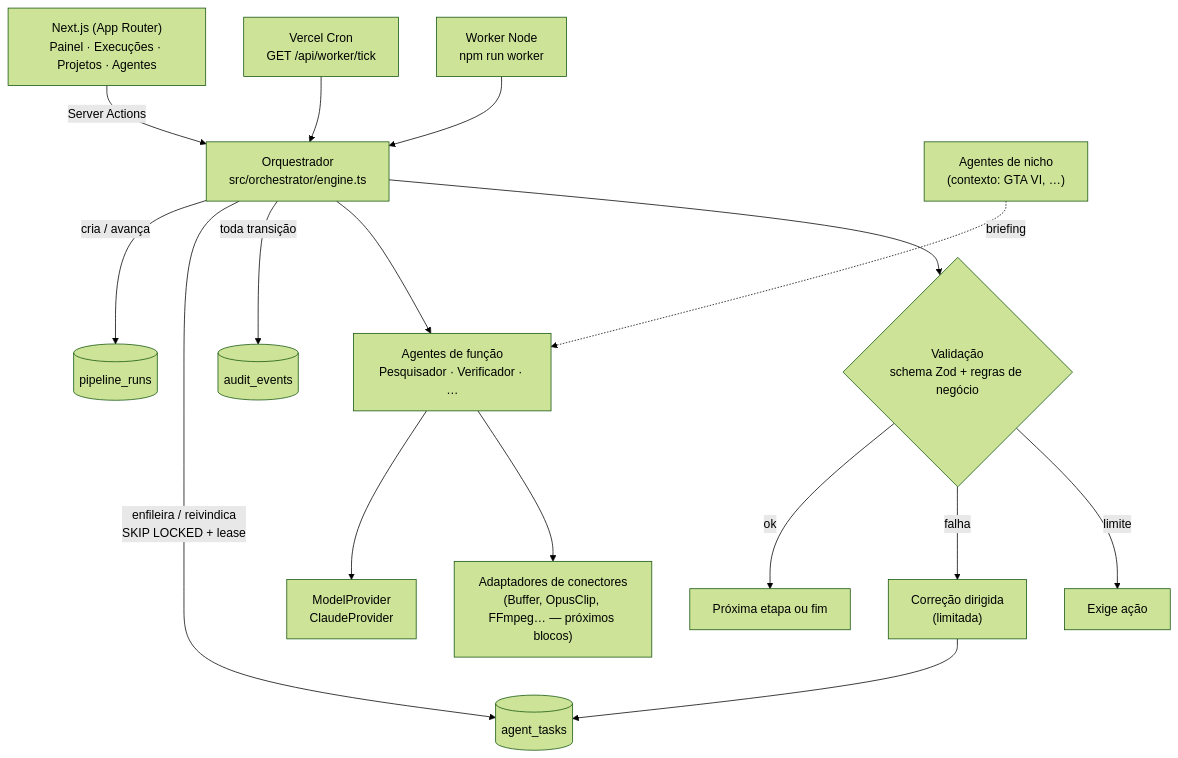
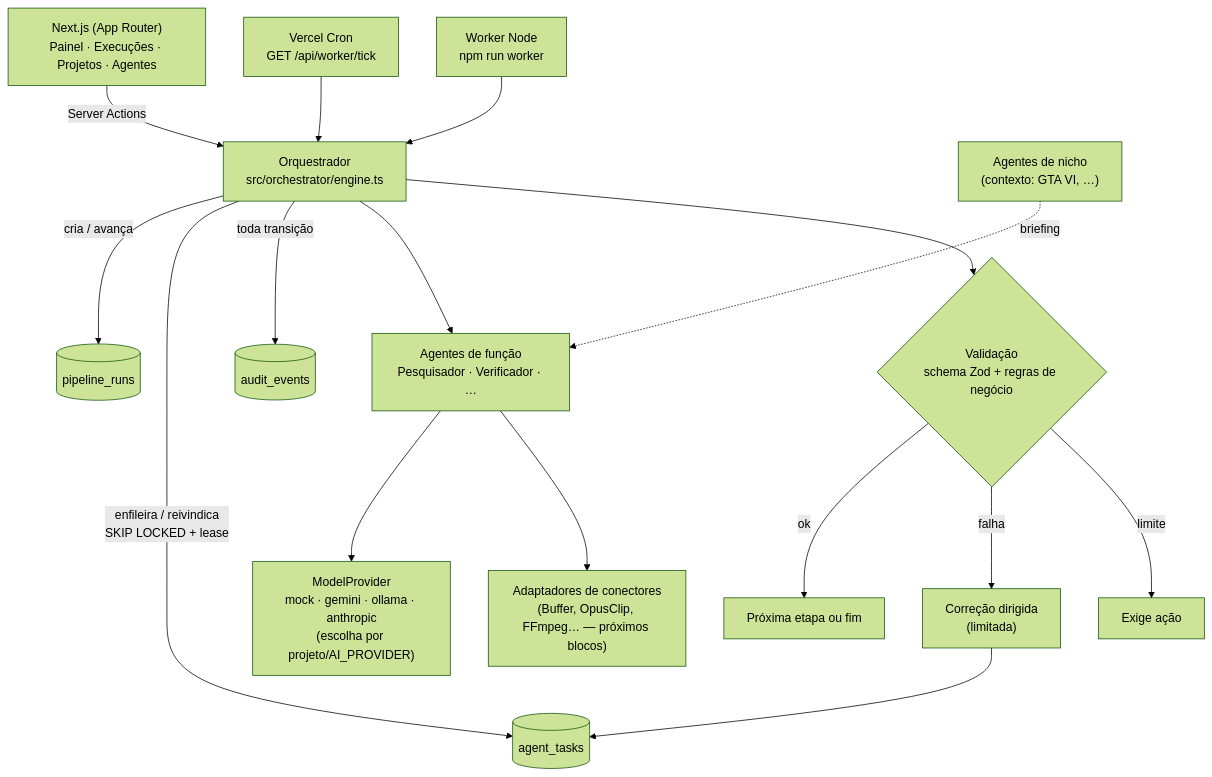
One commit to felicianokfa-stack/gta-daily changed the diagram in docs/arquitetura.md. Above: the diagram before and after it, drawn with Mermaid (forest theme). The commit also changed other lines of this file and 30 other files, not shown here.

First line of the commit message:
Provedores de IA intercambiáveis: demonstração (mock), Gemini, Ollama e Anthropic

````diff
--- a/docs/arquitetura.md
+++ b/docs/arquitetura.md
@@ -25,17 +25,17 @@
 ```mermaid
 flowchart TD
   UI["Next.js (App Router)<br/>Painel · Execuções · Projetos · Agentes"] -->|Server Actions| ORQ
   CRON["Vercel Cron<br/>GET /api/worker/tick"] --> ORQ
   WRK["Worker Node<br/>npm run worker"] --> ORQ
   ORQ["Orquestrador<br/>src/orchestrator/engine.ts"] -->|cria / avança| RUNS[(pipeline_runs)]
   ORQ -->|enfileira / reivindica<br/>SKIP LOCKED + lease| TASKS[(agent_tasks)]
   ORQ -->|toda transição| AUD[(audit_events)]
   ORQ --> AG["Agentes de função<br/>Pesquisador · Verificador · …"]
   NICHO["Agentes de nicho<br/>(contexto: GTA VI, …)"] -.briefing.-> AG
-  AG --> PROV["ModelProvider<br/>ClaudeProvider"]
+  AG --> PROV["ModelProvider<br/>mock · gemini · ollama · anthropic<br/>(escolha por projeto/AI_PROVIDER)"]
   AG --> CON["Adaptadores de conectores<br/>(Buffer, OpusClip, FFmpeg… — próximos blocos)"]
   ORQ --> VAL{"Validação<br/>schema Zod + regras de negócio"}
   VAL -->|ok| NEXT[Próxima etapa ou fim]
   VAL -->|falha| COR["Correção dirigida<br/>(limitada)"] --> TASKS
   VAL -->|limite| ACT["Exige ação"]
 ```
````
